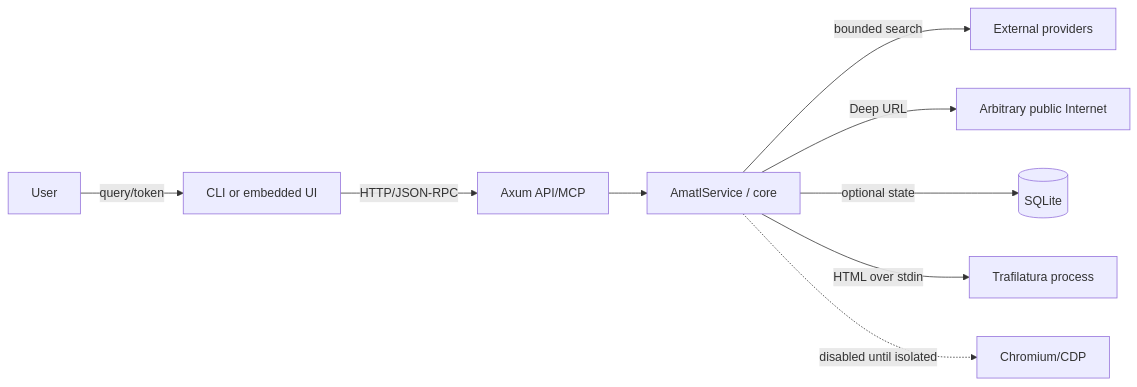
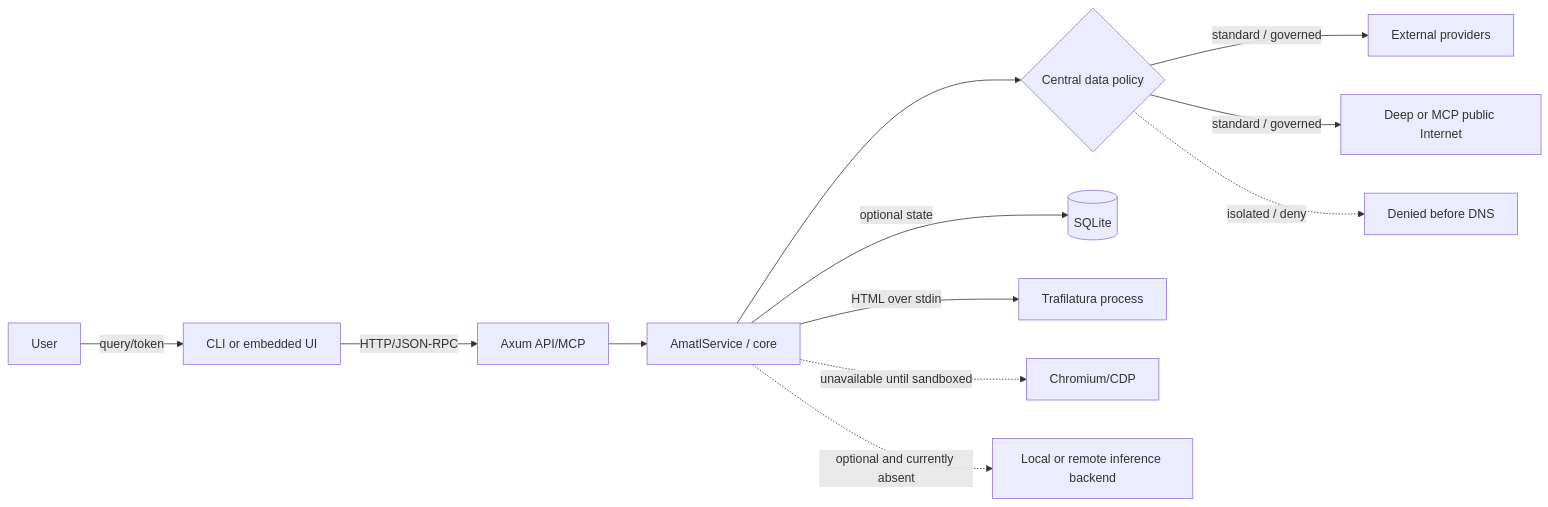
The diagram in docs/security/threat-model.md (IA-Alex/amatl), drawn with Mermaid before and after one commit. The commit also changed other lines of this file and 20 other files, not shown here.

Commit message:
security: add fail-closed data policy

````diff
--- a/docs/security/threat-model.md
+++ b/docs/security/threat-model.md
@@ -18,11 +18,14 @@
 ```mermaid
 flowchart LR
   U[User] -->|query/token| S[CLI or embedded UI]
   S -->|HTTP/JSON-RPC| H[Axum API/MCP]
   H --> C[AmatlService / core]
-  C -->|bounded search| P[External providers]
-  C -->|Deep URL| F[Arbitrary public Internet]
+  C --> G{Central data policy}
+  G -->|standard / governed| P[External providers]
+  G -->|standard / governed| F[Deep or MCP public Internet]
+  G -. isolated / deny .-> X[Denied before DNS]
   C -->|optional state| DB[(SQLite)]
   C -->|HTML over stdin| T[Trafilatura process]
-  C -. disabled until isolated .-> R[Chromium/CDP]
+  C -. unavailable until sandboxed .-> R[Chromium/CDP]
+  C -. optional and currently absent .-> L[Local or remote inference backend]
 ```
````
